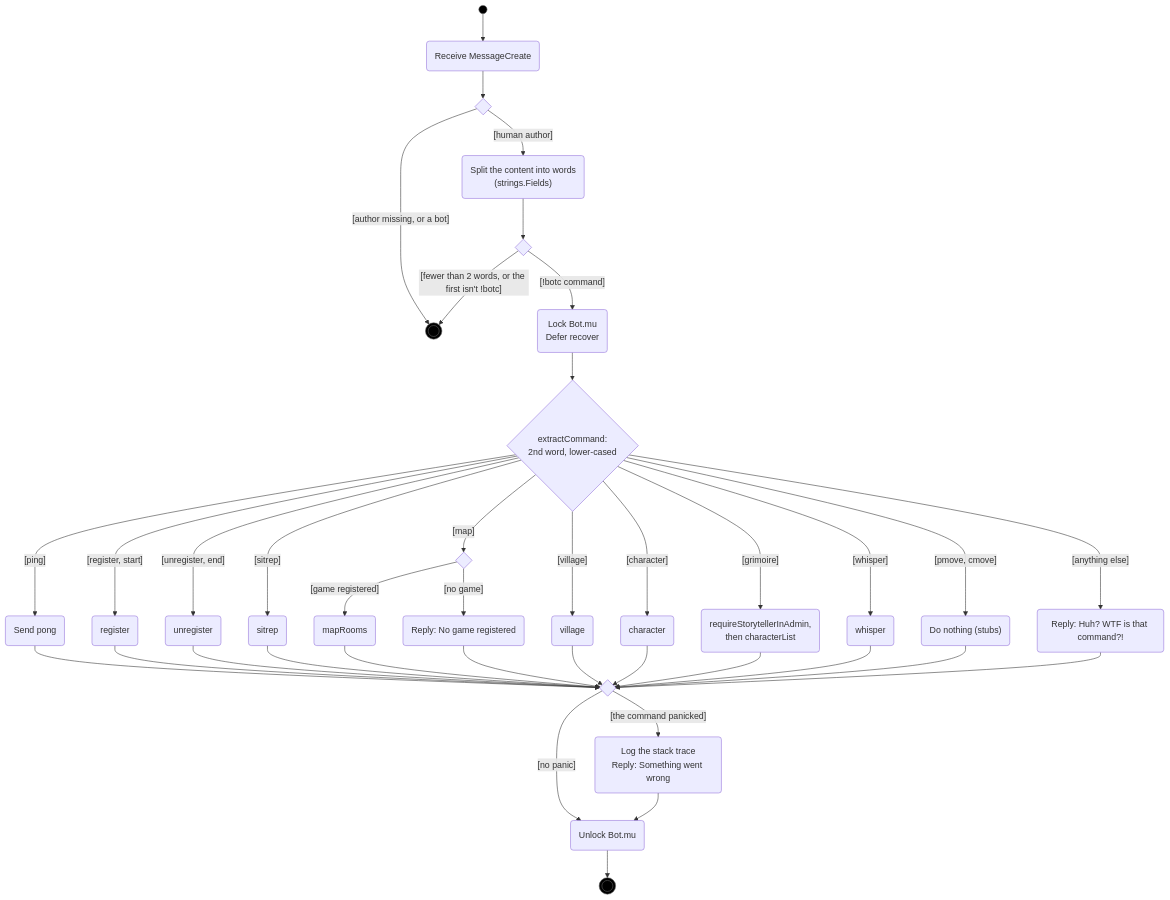
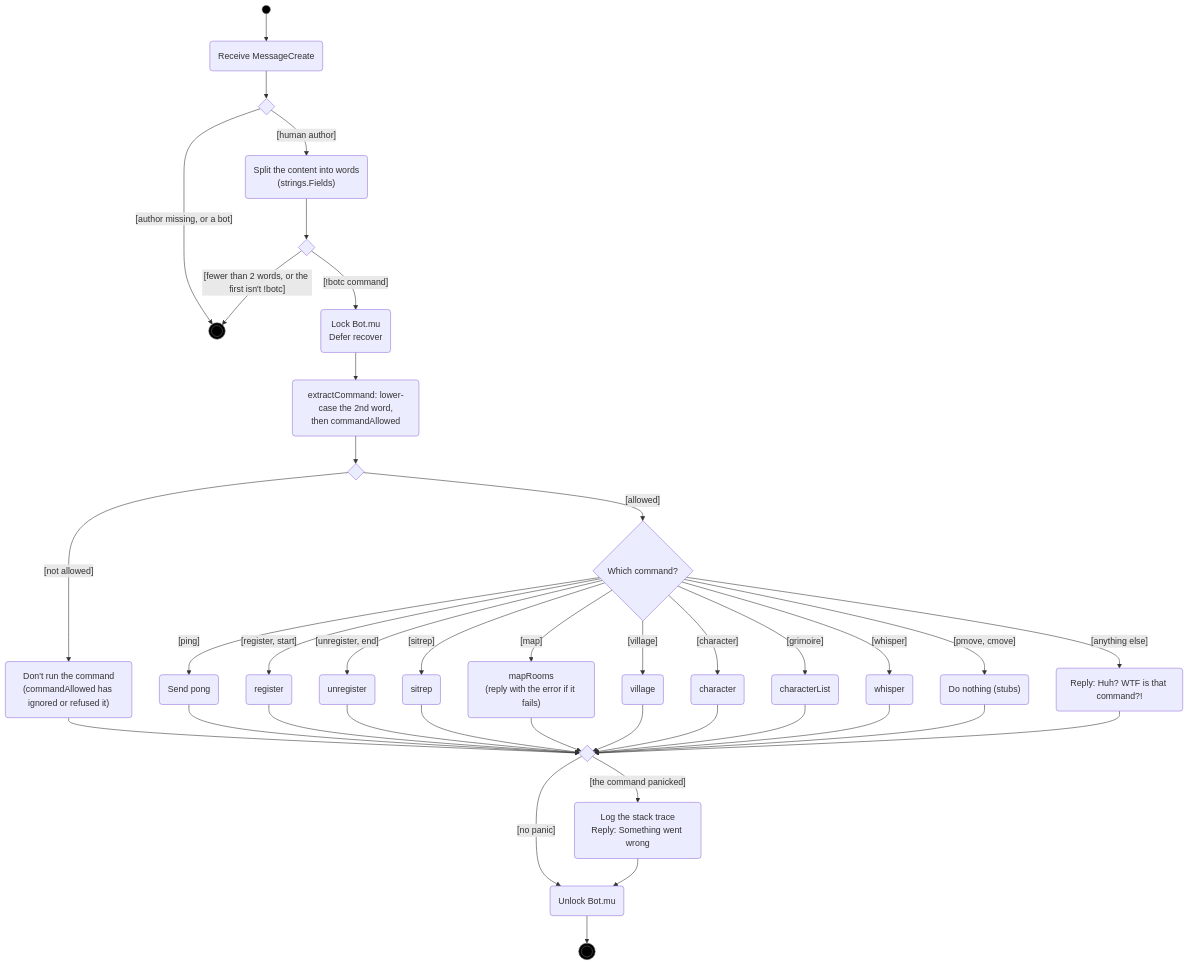
Before and after one commit to RAGNOARAKNOS/BotOnTheClocktower: the first of 3 diagrams in docs/uml/command-dispatch.md, drawn with Mermaid. The commit also changed other lines of this file and 18 other files, not shown here.

First line of the commit message:
Update command access rules and behaviour for game commands

````diff
--- a/docs/uml/command-dispatch.md
+++ b/docs/uml/command-dispatch.md
@@ -11,32 +11,33 @@
 ```mermaid
 flowchart TD
     start((" ")):::initial --> recv("Receive MessageCreate")
     recv --> d1{" "}
     d1 -->|"[author missing, or a bot]"| ignored(((" "))):::final
     d1 -->|"[human author]"| split("Split the content into words<br/>(strings.Fields)")
     split --> d2{" "}
     d2 -->|"[fewer than 2 words, or the first isn't !botc]"| ignored
     d2 -->|"[!botc command]"| lock("Lock Bot.mu<br/>Defer recover")
-    lock --> cmd{"extractCommand:<br/>2nd word, lower-cased"}
+    lock --> allowed("extractCommand: lower-case the 2nd word,<br/>then commandAllowed")
+    allowed --> dok{" "}
+    dok -->|"[not allowed]"| notrun("Don't run the command<br/>(commandAllowed has ignored or refused it)")
+    dok -->|"[allowed]"| cmd{"Which command?"}
     cmd -->|"[ping]"| ping("Send pong")
     cmd -->|"[register, start]"| reg("register")
     cmd -->|"[unregister, end]"| unreg("unregister")
     cmd -->|"[sitrep]"| sit("sitrep")
-    cmd -->|"[map]"| dmap{" "}
-    dmap -->|"[game registered]"| maprooms("mapRooms")
-    dmap -->|"[no game]"| nogame("Reply: No game registered")
+    cmd -->|"[map]"| maprooms("mapRooms<br/>(reply with the error if it fails)")
     cmd -->|"[village]"| vil("village")
     cmd -->|"[character]"| chr("character")
-    cmd -->|"[grimoire]"| gri("requireStorytellerInAdmin,<br/>then characterList")
+    cmd -->|"[grimoire]"| gri("characterList")
     cmd -->|"[whisper]"| whi("whisper")
     cmd -->|"[pmove, cmove]"| stub("Do nothing (stubs)")
     cmd -->|"[anything else]"| wtf("Reply: Huh? WTF is that command?!")
-    ping & reg & unreg & sit & maprooms & nogame & vil & chr & gri & whi & stub & wtf --> merged{" "}
+    notrun & ping & reg & unreg & sit & maprooms & vil & chr & gri & whi & stub & wtf --> merged{" "}
     merged -->|"[the command panicked]"| rec("Log the stack trace<br/>Reply: Something went wrong")
     merged -->|"[no panic]"| unlock("Unlock Bot.mu")
     rec --> unlock
     unlock --> done(((" "))):::final
 
     classDef initial fill:#000,stroke:#666
     classDef final fill:#000,stroke:#666
 ```
````
